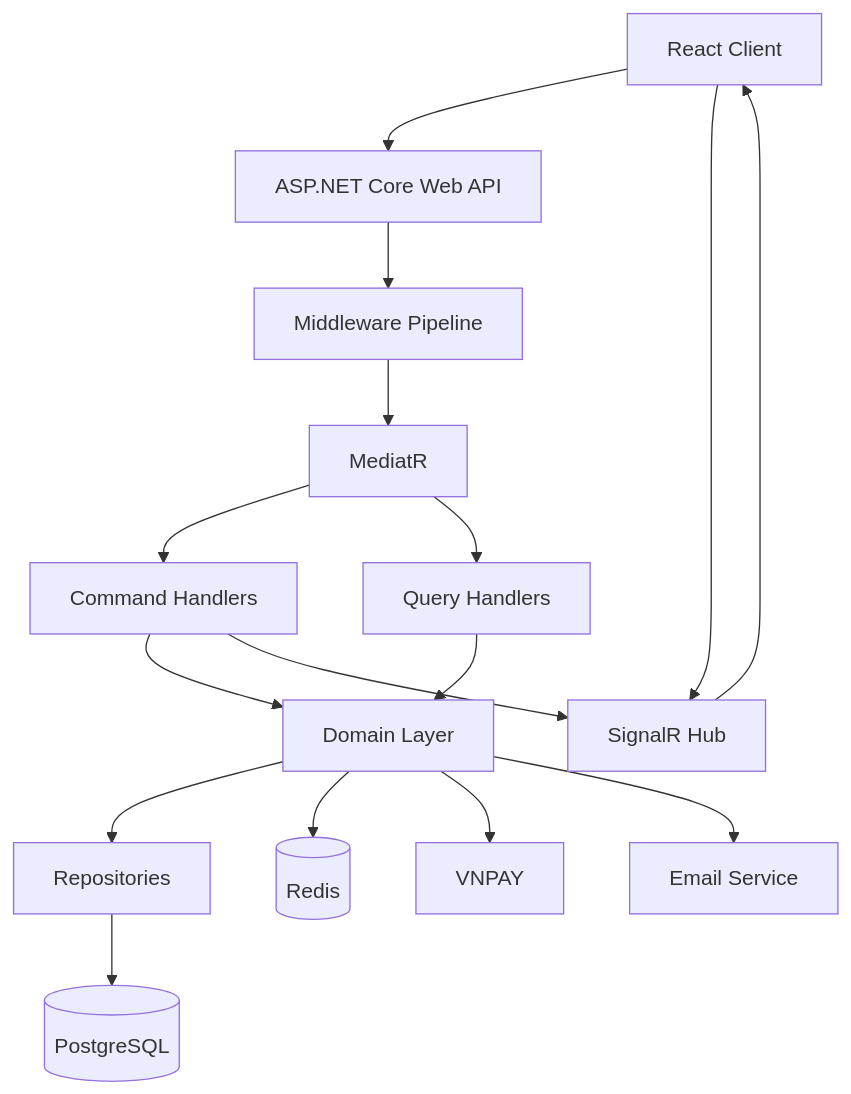
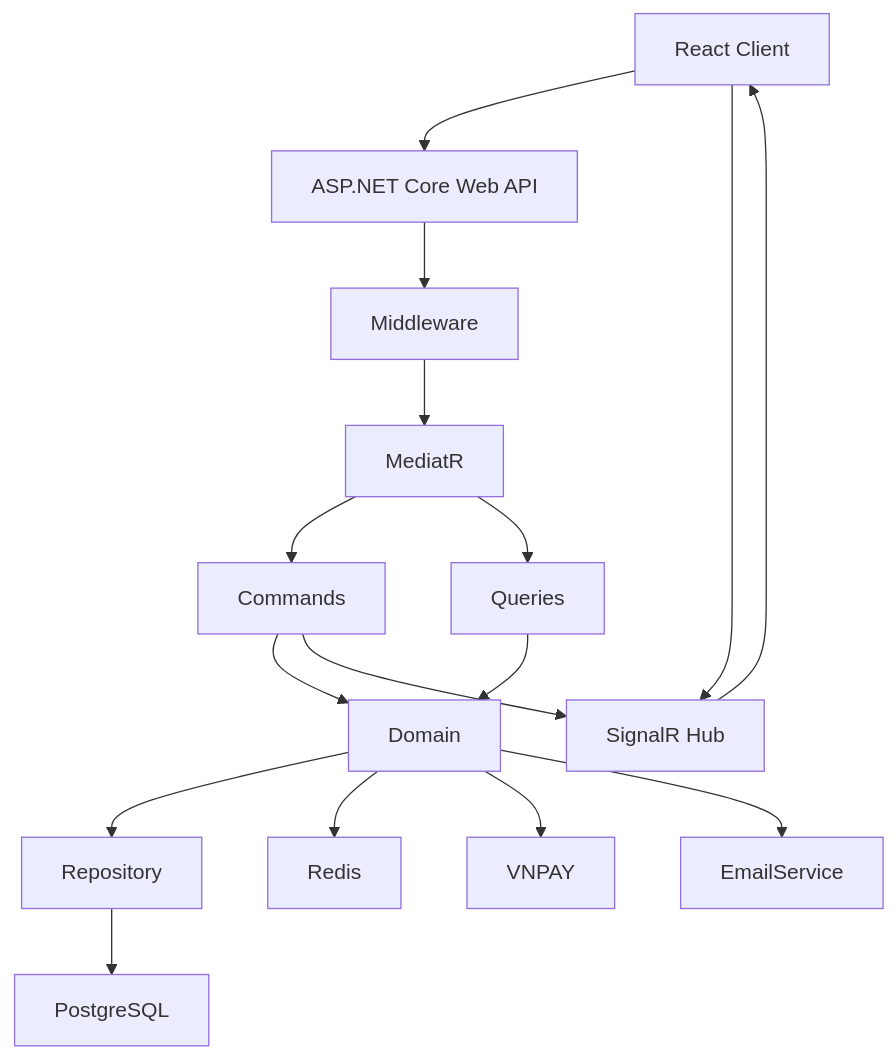
The first of 3 diagrams in README.md (nglowji/graduation-project-NguyenTanLoi-ASP.NET), drawn with Mermaid before and after one commit. The commit also changed other lines of this file, not shown here.

````diff
--- a/README.md
+++ b/README.md
@@ -59,26 +80,32 @@
 ```mermaid
 flowchart TD
-    Client[React Client]
 
-    Client --> API[ASP.NET Core Web API]
-    Client --> Hub[SignalR Hub]
+Client[React Client]
 
-    API --> Middleware[Middleware Pipeline]
-    Middleware --> MediatR[MediatR]
+Client --> API[ASP.NET Core Web API]
+Client --> Hub[SignalR Hub]
 
-    MediatR --> Commands[Command Handlers]
-    MediatR --> Queries[Query Handlers]
+API --> Middleware
 
-    Commands --> Domain[Domain Layer]
-    Queries --> Domain
+Middleware --> MediatR
 
-    Domain --> Repositories[Repositories]
-    Repositories --> PostgreSQL[(PostgreSQL)]
+MediatR --> Commands
+MediatR --> Queries
 
-    Domain --> Redis[(Redis)]
-    Domain --> VNPAY[VNPAY]
-    Domain --> Email[Email Service]
+Commands --> Domain
+Queries --> Domain
 
-    Commands --> Hub
-    Hub --> Client
+Domain --> Repository
+
+Repository --> PostgreSQL
+
+Domain --> Redis
+
+Domain --> VNPAY
+
+Domain --> EmailService
+
+Commands --> Hub
+
+Hub --> Client
 ```
````
